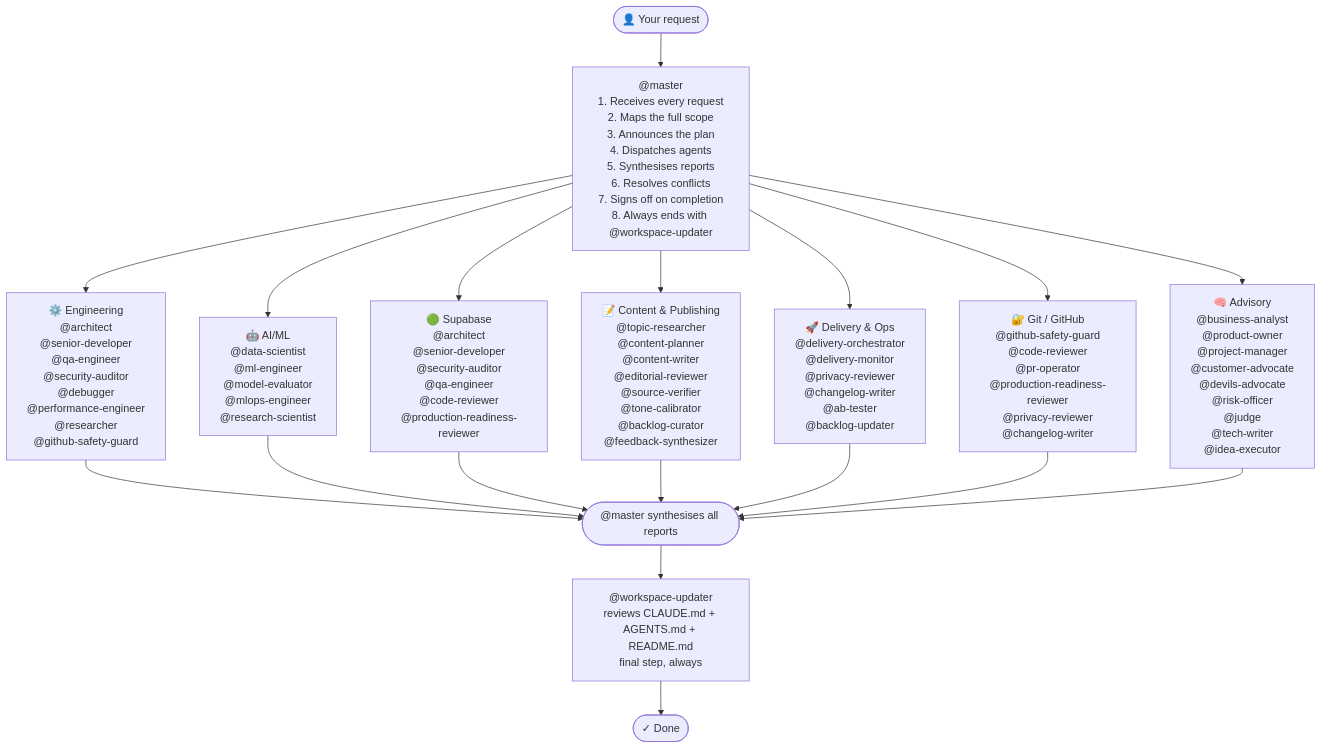
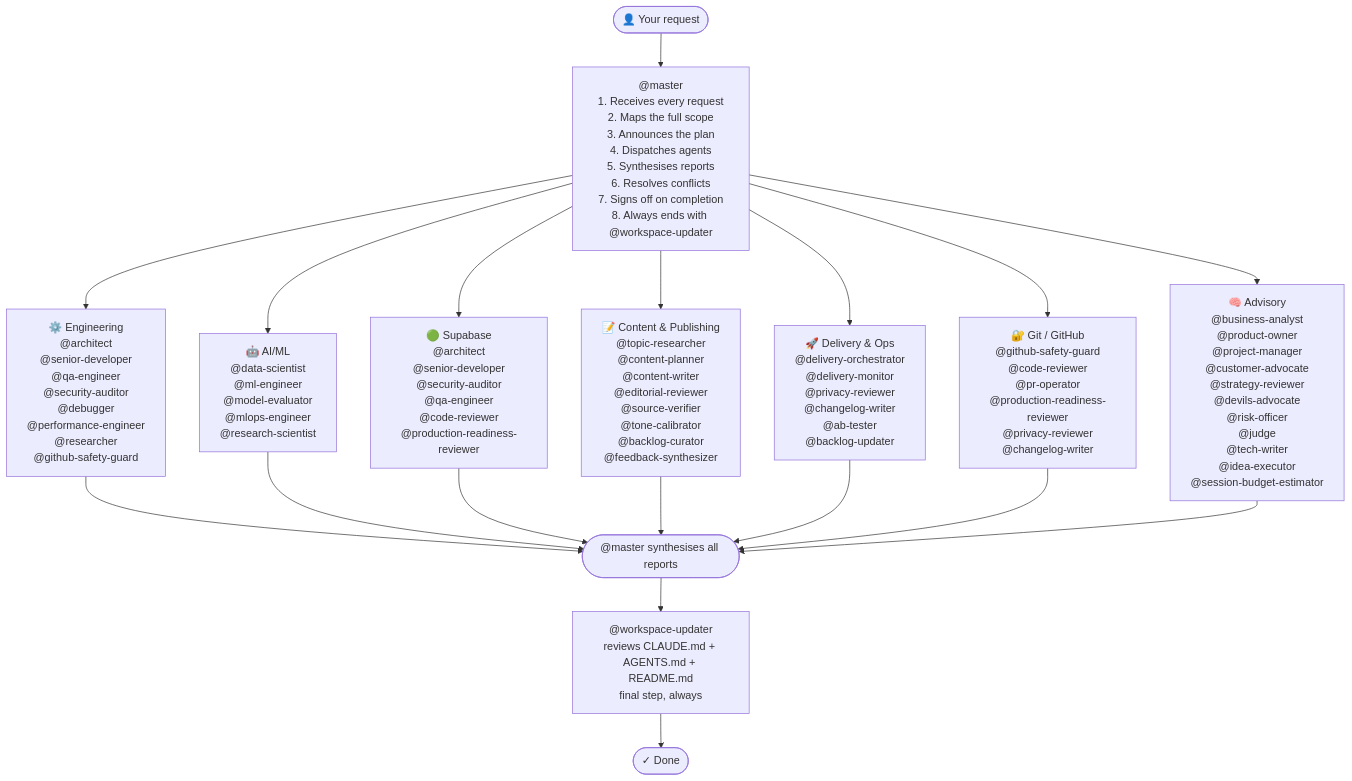
The diagram in README.md (Konstantinos-Sakellariou/claude-team-kit), drawn with Mermaid before and after one commit. The commit also changed other lines of this file and 16 other files, not shown here.

````diff
--- a/README.md
+++ b/README.md
@@ -206,29 +218,29 @@
 ```mermaid
 flowchart TD
     USER(["👤 Your request"])
     USER --> MASTER
 
     MASTER["@master\n1. Receives every request\n2. Maps the full scope\n3. Announces the plan\n4. Dispatches agents\n5. Synthesises reports\n6. Resolves conflicts\n7. Signs off on completion\n8. Always ends with @workspace-updater"]
 
     MASTER --> ENG["⚙️ Engineering\n@architect\n@senior-developer\n@qa-engineer\n@security-auditor\n@debugger\n@performance-engineer\n@researcher\n@github-safety-guard"]
     MASTER --> ML["🤖 AI/ML\n@data-scientist\n@ml-engineer\n@model-evaluator\n@mlops-engineer\n@research-scientist"]
     MASTER --> SUPA["🟢 Supabase\n@architect\n@senior-developer\n@security-auditor\n@qa-engineer\n@code-reviewer\n@production-readiness-reviewer"]
 
     MASTER --> CONT["📝 Content & Publishing\n@topic-researcher\n@content-planner\n@content-writer\n@editorial-reviewer\n@source-verifier\n@tone-calibrator\n@backlog-curator\n@feedback-synthesizer"]
 
     MASTER --> DELIV["🚀 Delivery & Ops\n@delivery-orchestrator\n@delivery-monitor\n@privacy-reviewer\n@changelog-writer\n@ab-tester\n@backlog-updater"]
     MASTER --> GIT["🔐 Git / GitHub\n@github-safety-guard\n@code-reviewer\n@pr-operator\n@production-readiness-reviewer\n@privacy-reviewer\n@changelog-writer"]
 
-    MASTER --> ADV["🧠 Advisory\n@business-analyst\n@product-owner\n@project-manager\n@customer-advocate\n@devils-advocate\n@risk-officer\n@judge\n@tech-writer\n@idea-executor"]
+    MASTER --> ADV["🧠 Advisory\n@business-analyst\n@product-owner\n@project-manager\n@customer-advocate\n@strategy-reviewer\n@devils-advocate\n@risk-officer\n@judge\n@tech-writer\n@idea-executor\n@session-budget-estimator"]
 
     ENG --> SYNTH(["@master synthesises all reports"])
     ML --> SYNTH
     SUPA --> SYNTH
     CONT --> SYNTH
     DELIV --> SYNTH
     GIT --> SYNTH
     ADV --> SYNTH
 
     SYNTH --> WU["@workspace-updater\nreviews CLAUDE.md + AGENTS.md + README.md\nfinal step, always"]
     WU --> DONE(["✓ Done"])
 ```
````
